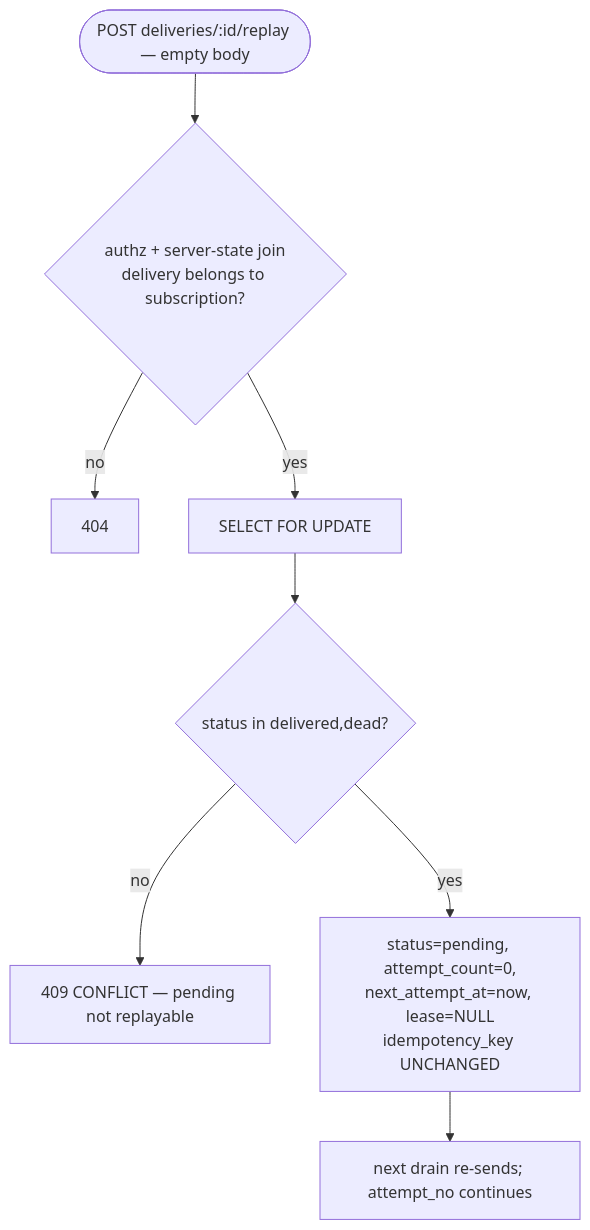
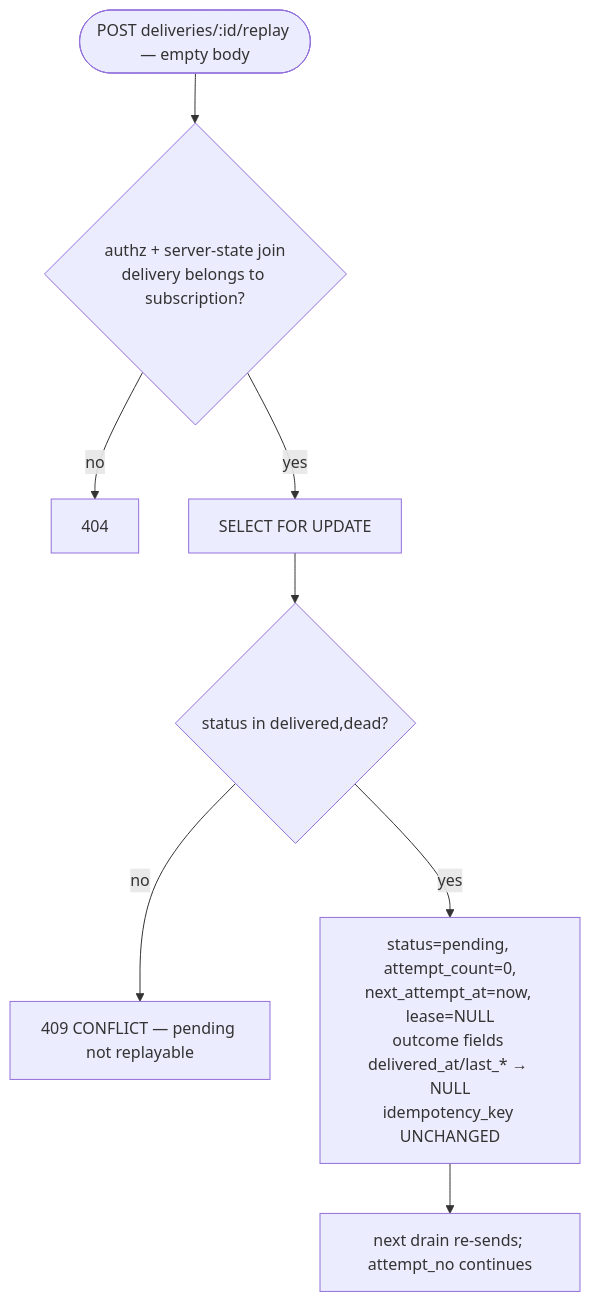
One commit to maister-dev/maister changed the fifth of 5 diagrams in docs/system-analytics/outbound-webhooks.md. Above: the diagram before and after it, drawn with Mermaid. The commit also changed other lines of this file and 42 other files, not shown here.

````diff
--- a/docs/system-analytics/outbound-webhooks.md
+++ b/docs/system-analytics/outbound-webhooks.md
@@ -168,10 +170,10 @@
 ```mermaid
 flowchart TD
     R([POST deliveries/:id/replay — empty body]) --> Auth{authz + server-state join<br/>delivery belongs to subscription?}
     Auth -- no --> E404[404]
     Auth -- yes --> Lock[SELECT FOR UPDATE]
     Lock --> Allow{status in delivered,dead?}
     Allow -- no --> E409[409 CONFLICT — pending not replayable]
-    Allow -- yes --> Reset[status=pending, attempt_count=0,<br/>next_attempt_at=now, lease=NULL<br/>idempotency_key UNCHANGED]
+    Allow -- yes --> Reset[status=pending, attempt_count=0,<br/>next_attempt_at=now, lease=NULL<br/>outcome fields delivered_at/last_* → NULL<br/>idempotency_key UNCHANGED]
     Reset --> Drain[next drain re-sends; attempt_no continues]
 ```
````
